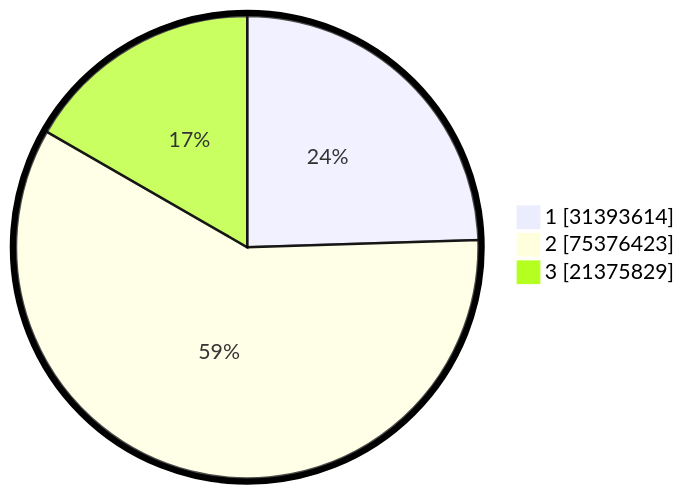
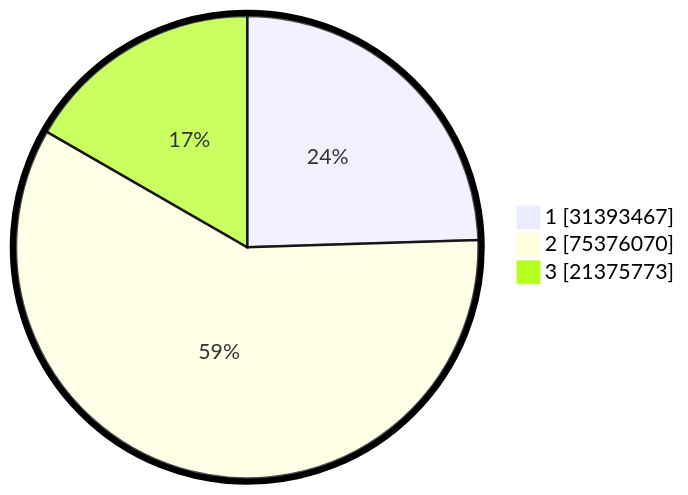
One commit to gigit-pemilu/pemilu-2024 changed the second of 2 diagrams in pilpres/hitung-suara/README.md. Above: the diagram before and after it, drawn with Mermaid. The commit also changed other lines of this file and 10 other files, not shown here.

````diff
--- a/pilpres/hitung-suara/README.md
+++ b/pilpres/hitung-suara/README.md
@@ -93,7 +93,7 @@
 ```mermaid
 %%{init: {"pie": {"textPosition": 0.5}, "themeVariables": {"pieOuterStrokeWidth": "5px"}} }%%
 pie showData
-    "1" : 31393614
-    "2" : 75376423
-    "3" : 21375829
+    "1" : 31393467
+    "2" : 75376070
+    "3" : 21375773
 ```
````
